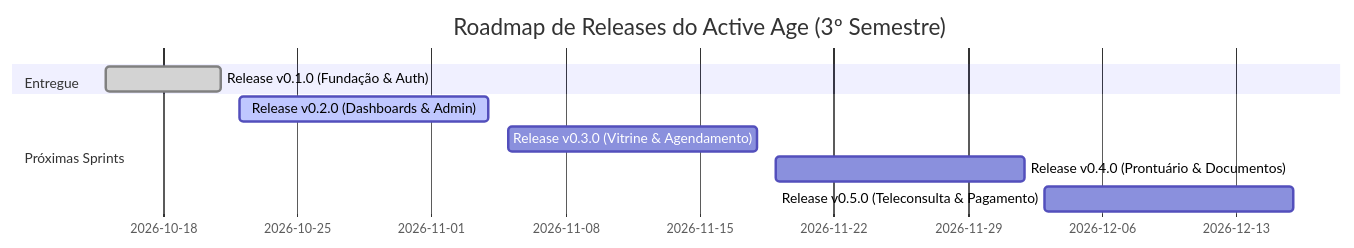
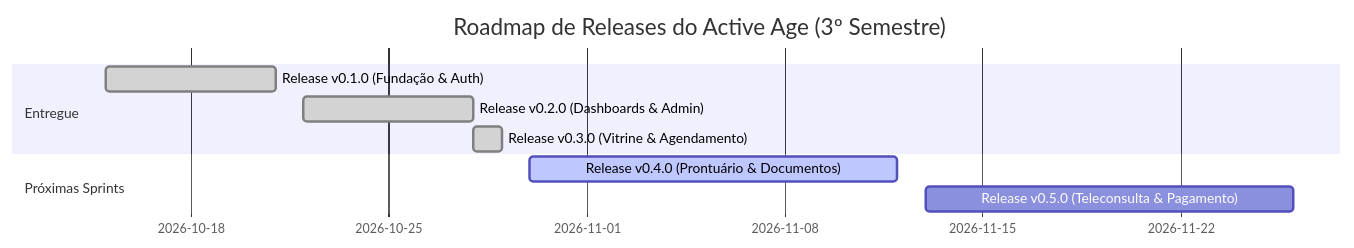
Before and after one commit to GuilhermeSilva-25/active-age: the diagram in 3-Semestre/docs_ia/PLANO_DE_RELEASE_ACTIVE_AGE.md, drawn with Mermaid. The commit also changed other lines of this file and 7 other files, not shown here.

Commit message:
docs(governanca): atualiza documentacao integral dos semestres, roadmap de releases e roteiros bdd

````diff
--- a/3-Semestre/docs_ia/PLANO_DE_RELEASE_ACTIVE_AGE.md
+++ b/3-Semestre/docs_ia/PLANO_DE_RELEASE_ACTIVE_AGE.md
@@ -63,12 +63,12 @@
 ```mermaid
 gantt
     title Roadmap de Releases do Active Age (3º Semestre)
     dateFormat  YYYY-MM-DD
     section Entregue
     Release v0.1.0 (Fundação & Auth)        :done, r1, 2026-10-15, 2026-10-21
+    Release v0.2.0 (Dashboards & Admin)     :done, r2, 2026-10-22, 2026-10-28
+    Release v0.3.0 (Vitrine & Agendamento)  :done, r3, 2026-10-28, 2026-10-29
     section Próximas Sprints
-    Release v0.2.0 (Dashboards & Admin)     :active, r2, 2026-10-22, 2026-11-04
-    Release v0.3.0 (Vitrine & Agendamento)  :r3, 2026-11-05, 2026-11-18
-    Release v0.4.0 (Prontuário & Documentos):r4, 2026-11-19, 2026-12-02
-    Release v0.5.0 (Teleconsulta & Pagamento):r5, 2026-12-03, 2026-12-16
+    Release v0.4.0 (Prontuário & Documentos):active, r4, 2026-10-30, 2026-11-12
+    Release v0.5.0 (Teleconsulta & Pagamento):r5, 2026-11-13, 2026-11-26
 ```
````
